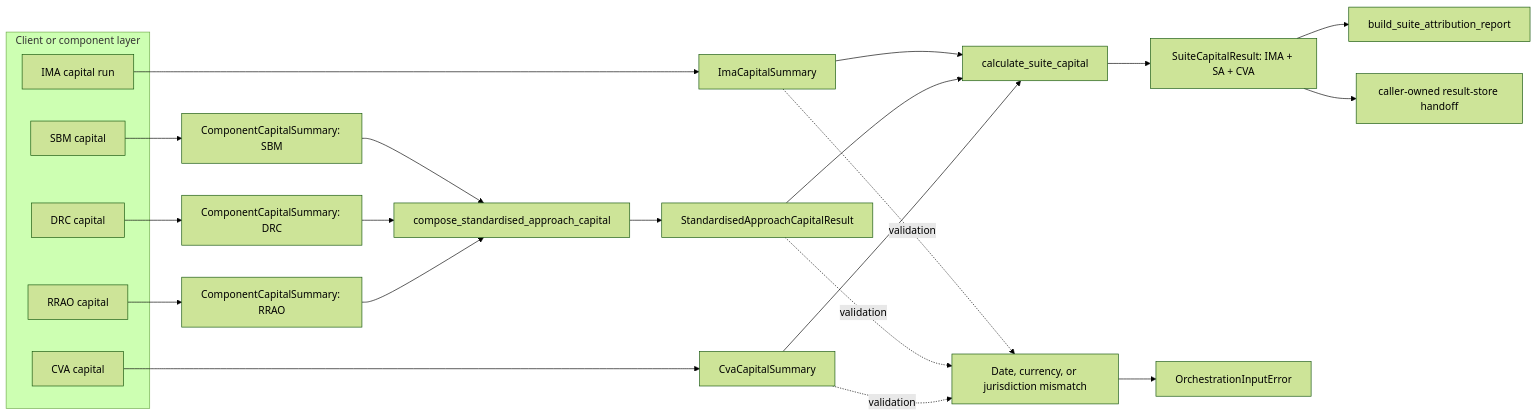
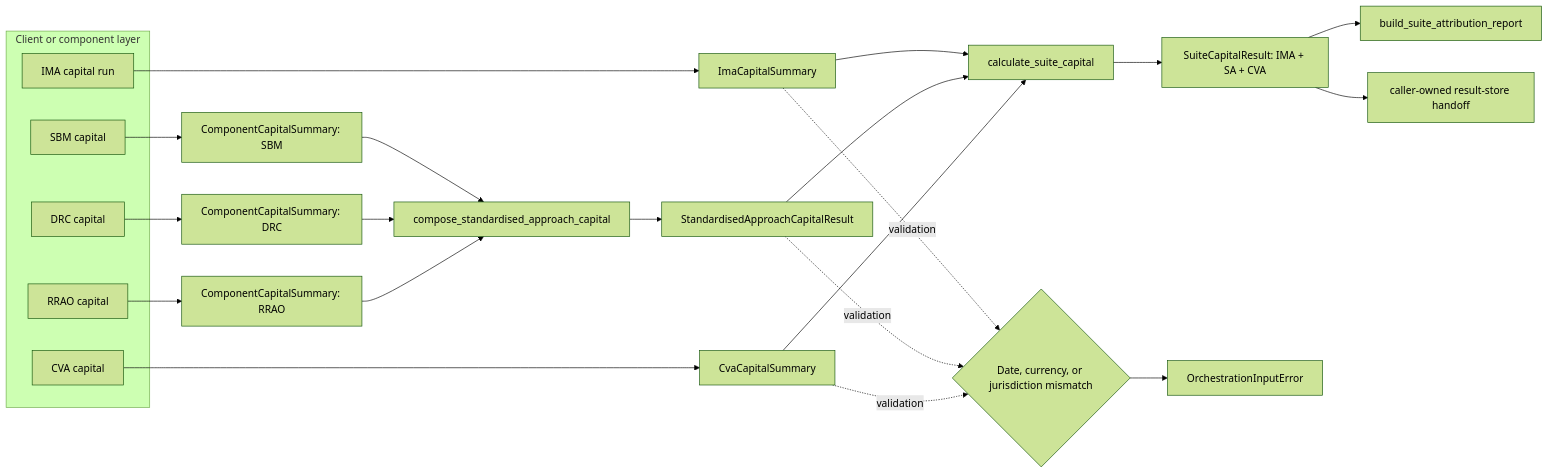
Before and after one commit to tomanizer/frtb-capital: the diagram in docs/modules/frtb-orchestration/README.md, drawn with Mermaid (forest theme).

Commit message:
Use decision node for orchestration mismatch

````diff
--- a/docs/modules/frtb-orchestration/README.md
+++ b/docs/modules/frtb-orchestration/README.md
@@ -34,33 +34,33 @@
 ```mermaid
 flowchart LR
     subgraph Client[Client or component layer]
         ima[IMA capital run]
         sbm[SBM capital]
         drc[DRC capital]
         rrao[RRAO capital]
         cva[CVA capital]
     end
 
     ima --> ima_summary[ImaCapitalSummary]
     sbm --> sbm_summary[ComponentCapitalSummary: SBM]
     drc --> drc_summary[ComponentCapitalSummary: DRC]
     rrao --> rrao_summary[ComponentCapitalSummary: RRAO]
     cva --> cva_summary[CvaCapitalSummary]
 
     sbm_summary --> sa[compose_standardised_approach_capital]
     drc_summary --> sa
     rrao_summary --> sa
     sa --> sa_result[StandardisedApproachCapitalResult]
 
     ima_summary --> suite[calculate_suite_capital]
     sa_result --> suite
     cva_summary --> suite
     suite --> total[SuiteCapitalResult: IMA + SA + CVA]
     total --> attribution[build_suite_attribution_report]
     total --> result_store[caller-owned result-store handoff]
 
-    mismatch[Date, currency, or jurisdiction mismatch] --> reject[OrchestrationInputError]
+    mismatch{Date, currency, or jurisdiction mismatch} --> reject[OrchestrationInputError]
     ima_summary -. validation .-> mismatch
     sa_result -. validation .-> mismatch
     cva_summary -. validation .-> mismatch
 ```
````
